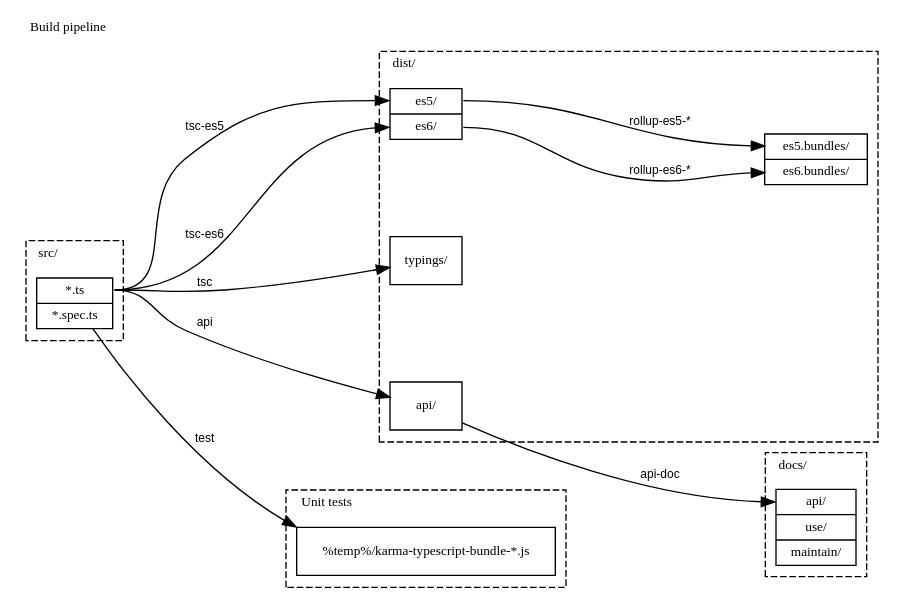
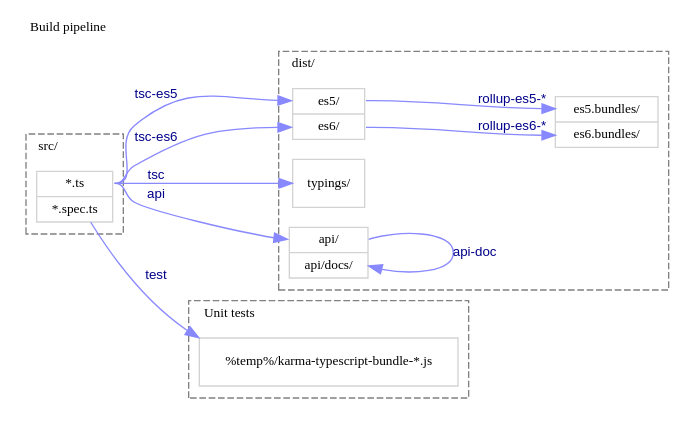
Before and after one commit to hidglobal/digitalpersona-services: the diagram in docs/maintain/build-pipeline.dot, drawn with Graphviz. The commit also changed 20 other files, not shown here.

```diff
--- a/docs/maintain/build-pipeline.dot
+++ b/docs/maintain/build-pipeline.dot
@@ -1,70 +1,63 @@
 digraph {
+    layout=dot;
     rankdir=LR;
     compound=true;
     concentrate=true;
-    nodesep=1;
-    ranksep=1.5;
+    nodesep=0.2;
+    ranksep=0.2;
+    splines=true;
     label="Build pipeline"
     graph[
-        style=dashed
-        fontname="Lucida Console"; fontsize=10;
+        style=dashed; color=gray;
+        fontname="Lucida Console"; fontsize=10; fontcolor=black;
         labelloc=top; labeljust=left;
     ];
     node [
-        shape=record;
-        fontname="Lucida Console"; fontsize=10
+        shape=record; color=lightgray;
+        fontname="Lucida Console"; fontsize=10; fontcolor=black;
     ];
     edge [
-        fontname="Arial"; fontsize=9;
+        color="#8888FF";
+        fontname="Arial"; fontsize=10; fontcolor=darkblue;
     ]
     subgraph cluster_src {
         label="src/"
         src[ label="
             <ts> *.ts
             |<spec> *.spec.ts
         "];
     }
 
     subgraph cluster_dist {
         label="dist/";
         out [ label="
             <es5> es5/
             |<es6> es6/
         "];
         bundles [ label="
             <es5> es5.bundles/
             |<es6> es6.bundles/
         "];
-        typings [ label="
-            <typings> typings/
-        "];
+        typings [ label="typings/"];
         api [ label="
             <api> api/
-        "];
-    }
-
-    subgraph cluster_docs {
-        label="docs/";
-        docs [ label="
-            <api> api/
-            |<use> use/
-            |<maintain> maintain/
+            |<docs> api/docs/
         "];
     }
 
     subgraph cluster_tests {
         label="Unit tests";
         test [ label="
             <karma> %temp%/karma-typescript-bundle-*.js
         "];
     }
     src:ts -> typings [ label="tsc"; ];
     src:ts -> out:es5 [ label="tsc-es5"; ];
     src:ts -> out:es6 [ label="tsc-es6"; ];
     src:ts -> api:api [ label="api"; ];
     { src:ts, src:spec } -> test:karma [ label="test" ];
     out:es5 -> bundles:es5 [ label="rollup-es5-*"]
     out:es6 -> bundles:es6 [ label="rollup-es6-*"]
-    api:api -> docs:api [ label="api-doc"; ];
+    api:api:e -> api:docs:e [ label="api-doc"; ];
 
 }
```
